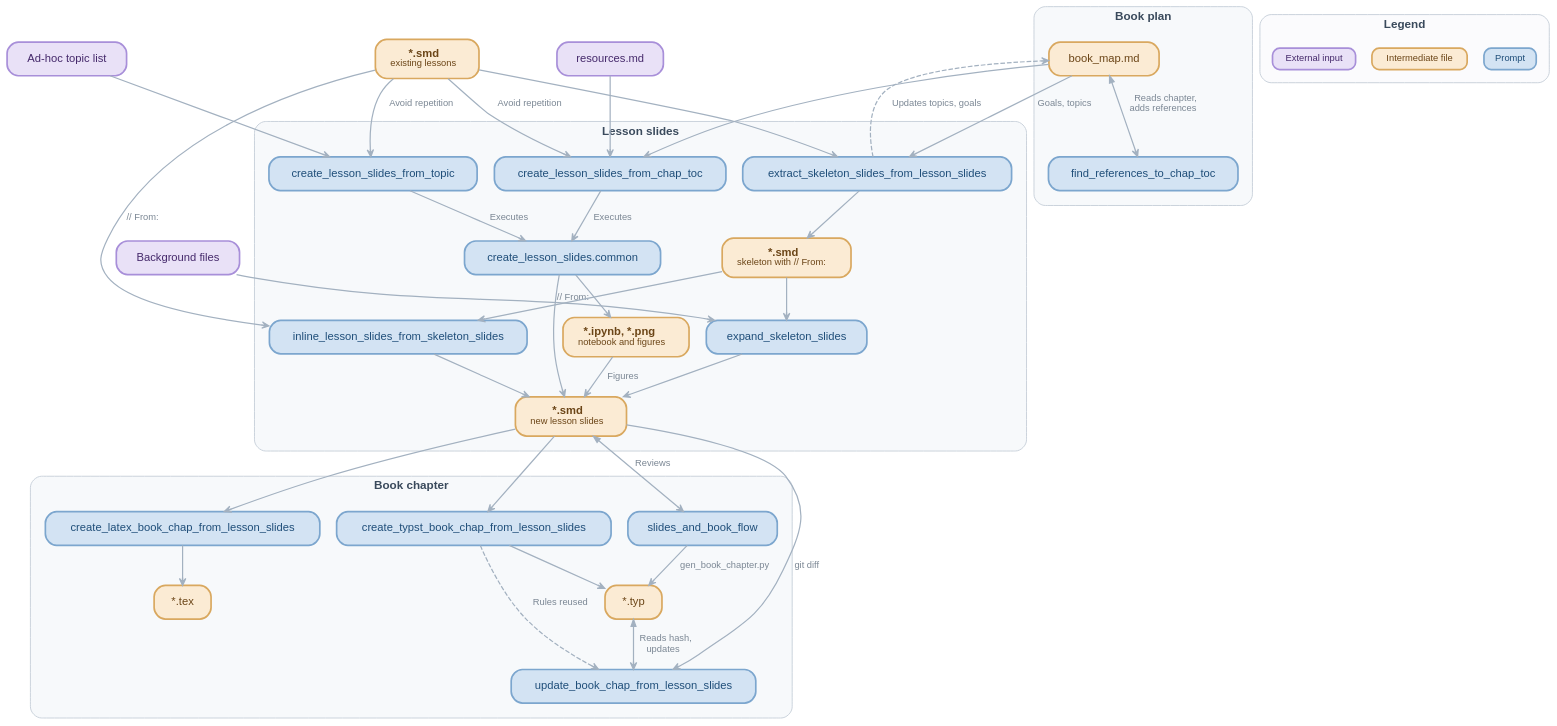
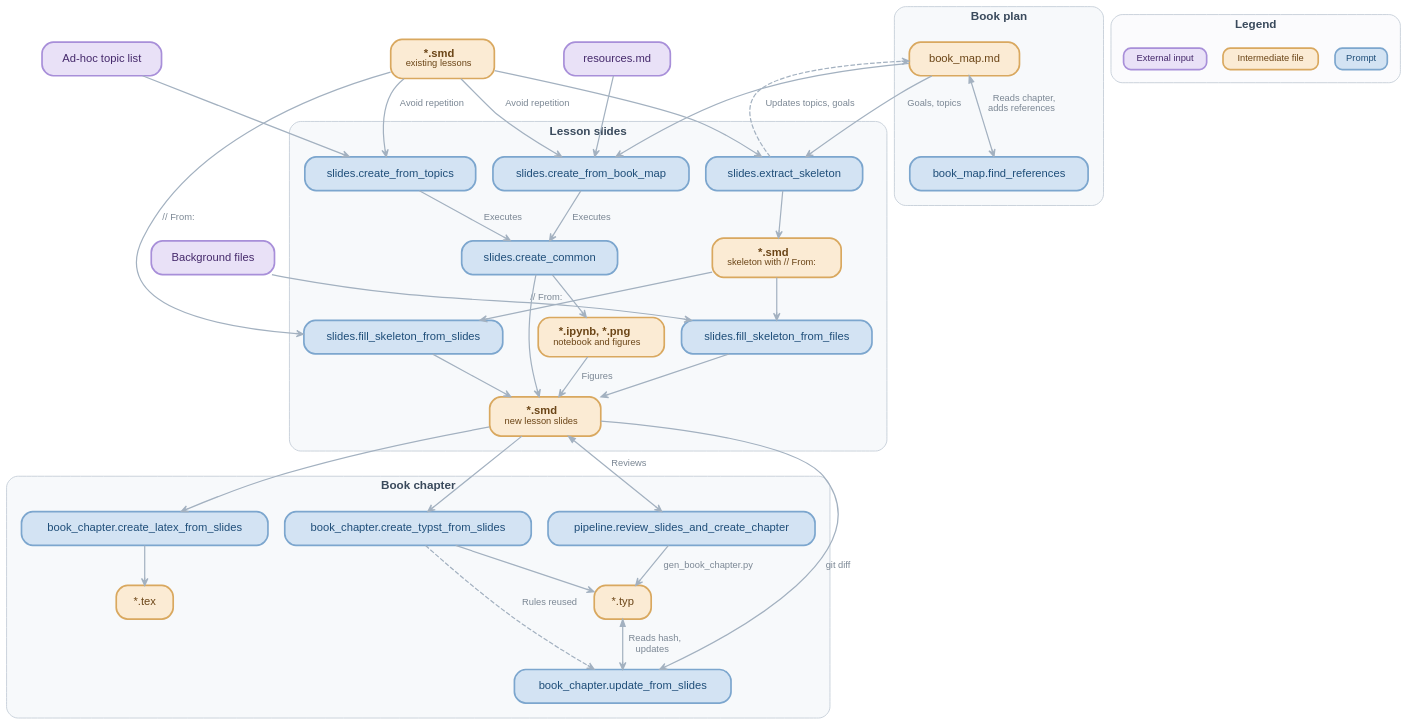
One commit to gpsaggese/gpsaggese.github.io changed the diagram in book_scripts/README.md. Above: the diagram before and after it, drawn with Graphviz. The commit also changed other lines of this file and 19 other files, not shown here.

```diff
--- a/book_scripts/README.md
+++ b/book_scripts/README.md
@@ -69,17 +121,17 @@
   Tex [label="*.tex", fillcolor="#FBEBD4", color="#D9A85F", fontcolor="#6B4517"];
 
   // Prompts (blue)
-  FindRefs [label="find_references_to_chap_toc", fillcolor="#D3E3F3", color="#7CA6CE", fontcolor="#1F4E79"];
-  Extract [label="extract_skeleton_slides_from_lesson_slides", fillcolor="#D3E3F3", color="#7CA6CE", fontcolor="#1F4E79"];
-  Inline [label="inline_lesson_slides_from_skeleton_slides", fillcolor="#D3E3F3", color="#7CA6CE", fontcolor="#1F4E79"];
-  Expand [label="expand_skeleton_slides", fillcolor="#D3E3F3", color="#7CA6CE", fontcolor="#1F4E79"];
-  FromToc [label="create_lesson_slides_from_chap_toc", fillcolor="#D3E3F3", color="#7CA6CE", fontcolor="#1F4E79"];
-  FromTopic [label="create_lesson_slides_from_topic", fillcolor="#D3E3F3", color="#7CA6CE", fontcolor="#1F4E79"];
-  Common [label="create_lesson_slides.common", fillcolor="#D3E3F3", color="#7CA6CE", fontcolor="#1F4E79"];
-  Typst [label="create_typst_book_chap_from_lesson_slides", fillcolor="#D3E3F3", color="#7CA6CE", fontcolor="#1F4E79"];
-  Latex [label="create_latex_book_chap_from_lesson_slides", fillcolor="#D3E3F3", color="#7CA6CE", fontcolor="#1F4E79"];
-  Update [label="update_book_chap_from_lesson_slides", fillcolor="#D3E3F3", color="#7CA6CE", fontcolor="#1F4E79"];
-  Flow [label="slides_and_book_flow", fillcolor="#D3E3F3", color="#7CA6CE", fontcolor="#1F4E79"];
+  FindRefs [label="book_map.find_references", fillcolor="#D3E3F3", color="#7CA6CE", fontcolor="#1F4E79"];
+  Extract [label="slides.extract_skeleton", fillcolor="#D3E3F3", color="#7CA6CE", fontcolor="#1F4E79"];
+  Inline [label="slides.fill_skeleton_from_slides", fillcolor="#D3E3F3", color="#7CA6CE", fontcolor="#1F4E79"];
+  Expand [label="slides.fill_skeleton_from_files", fillcolor="#D3E3F3", color="#7CA6CE", fontcolor="#1F4E79"];
+  FromToc [label="slides.create_from_book_map", fillcolor="#D3E3F3", color="#7CA6CE", fontcolor="#1F4E79"];
+  FromTopic [label="slides.create_from_topics", fillcolor="#D3E3F3", color="#7CA6CE", fontcolor="#1F4E79"];
+  Common [label="slides.create_common", fillcolor="#D3E3F3", color="#7CA6CE", fontcolor="#1F4E79"];
+  Typst [label="book_chapter.create_typst_from_slides", fillcolor="#D3E3F3", color="#7CA6CE", fontcolor="#1F4E79"];
+  Latex [label="book_chapter.create_latex_from_slides", fillcolor="#D3E3F3", color="#7CA6CE", fontcolor="#1F4E79"];
+  Update [label="book_chapter.update_from_slides", fillcolor="#D3E3F3", color="#7CA6CE", fontcolor="#1F4E79"];
+  Flow [label="pipeline.review_slides_and_create_chapter", fillcolor="#D3E3F3", color="#7CA6CE", fontcolor="#1F4E79"];
 
   subgraph cluster_plan {
     label     = "Book plan";
```
